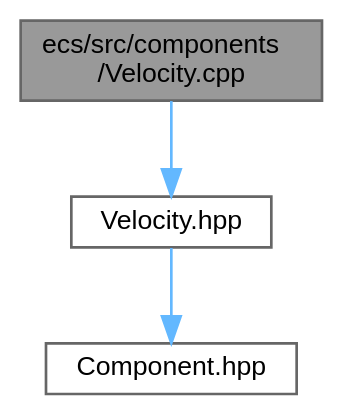
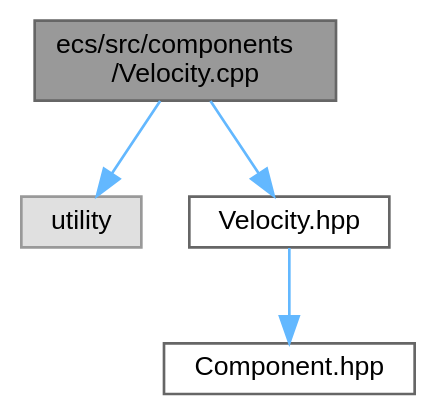
The diagram in Velocity_8cpp__incl.dot (Houpsi/R-Type), drawn with Graphviz before and after one commit. The commit also changed 212 other files, not shown here.

```diff
--- a/Velocity_8cpp__incl.dot
+++ b/Velocity_8cpp__incl.dot
@@ -1,12 +1,14 @@
 digraph "ecs/src/components/Velocity.cpp"
 {
  // LATEX_PDF_SIZE
   bgcolor="transparent";
   edge [fontname=Helvetica,fontsize=10,labelfontname=Helvetica,labelfontsize=10];
   node [fontname=Helvetica,fontsize=10,shape=box,height=0.2,width=0.4];
   Node1 [id="Node000001",label="ecs/src/components\l/Velocity.cpp",height=0.2,width=0.4,color="gray40", fillcolor="grey60", style="filled", fontcolor="black",tooltip=" "];
   Node1 -> Node2 [id="edge1_Node000001_Node000002",color="steelblue1",style="solid",tooltip=" "];
-  Node2 [id="Node000002",label="Velocity.hpp",height=0.2,width=0.4,color="grey40", fillcolor="white", style="filled",URL="$Velocity_8hpp.html",tooltip=" "];
-  Node2 -> Node3 [id="edge2_Node000002_Node000003",color="steelblue1",style="solid",tooltip=" "];
-  Node3 [id="Node000003",label="Component.hpp",height=0.2,width=0.4,color="grey40", fillcolor="white", style="filled",URL="$Component_8hpp.html",tooltip=" "];
+  Node2 [id="Node000002",label="utility",height=0.2,width=0.4,color="grey60", fillcolor="#E0E0E0", style="filled",tooltip=" "];
+  Node1 -> Node3 [id="edge2_Node000001_Node000003",color="steelblue1",style="solid",tooltip=" "];
+  Node3 [id="Node000003",label="Velocity.hpp",height=0.2,width=0.4,color="grey40", fillcolor="white", style="filled",URL="$Velocity_8hpp.html",tooltip=" "];
+  Node3 -> Node4 [id="edge3_Node000003_Node000004",color="steelblue1",style="solid",tooltip=" "];
+  Node4 [id="Node000004",label="Component.hpp",height=0.2,width=0.4,color="grey40", fillcolor="white", style="filled",URL="$Component_8hpp.html",tooltip=" "];
 }
```
